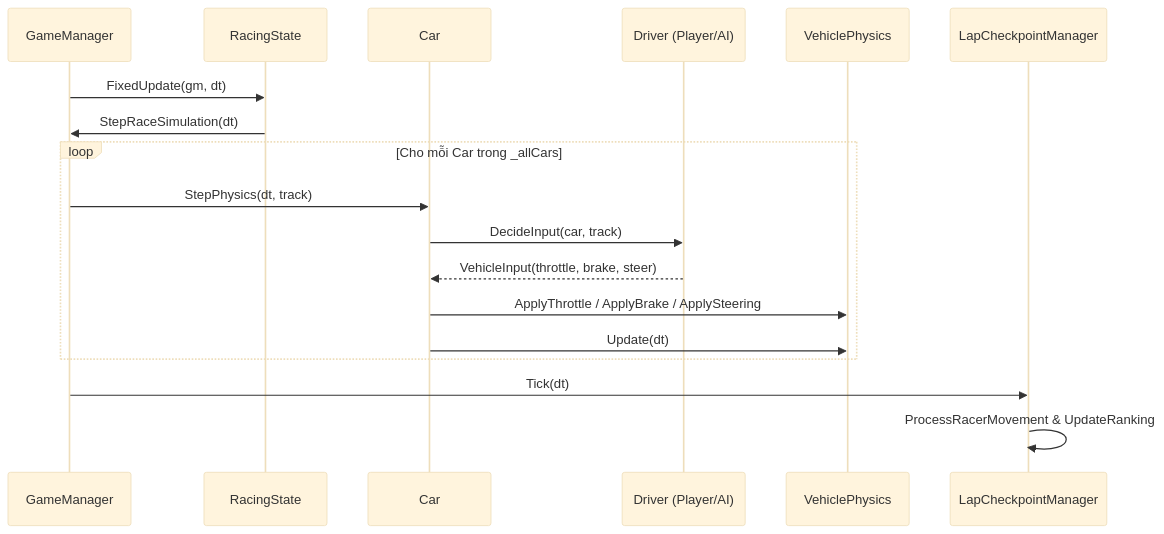
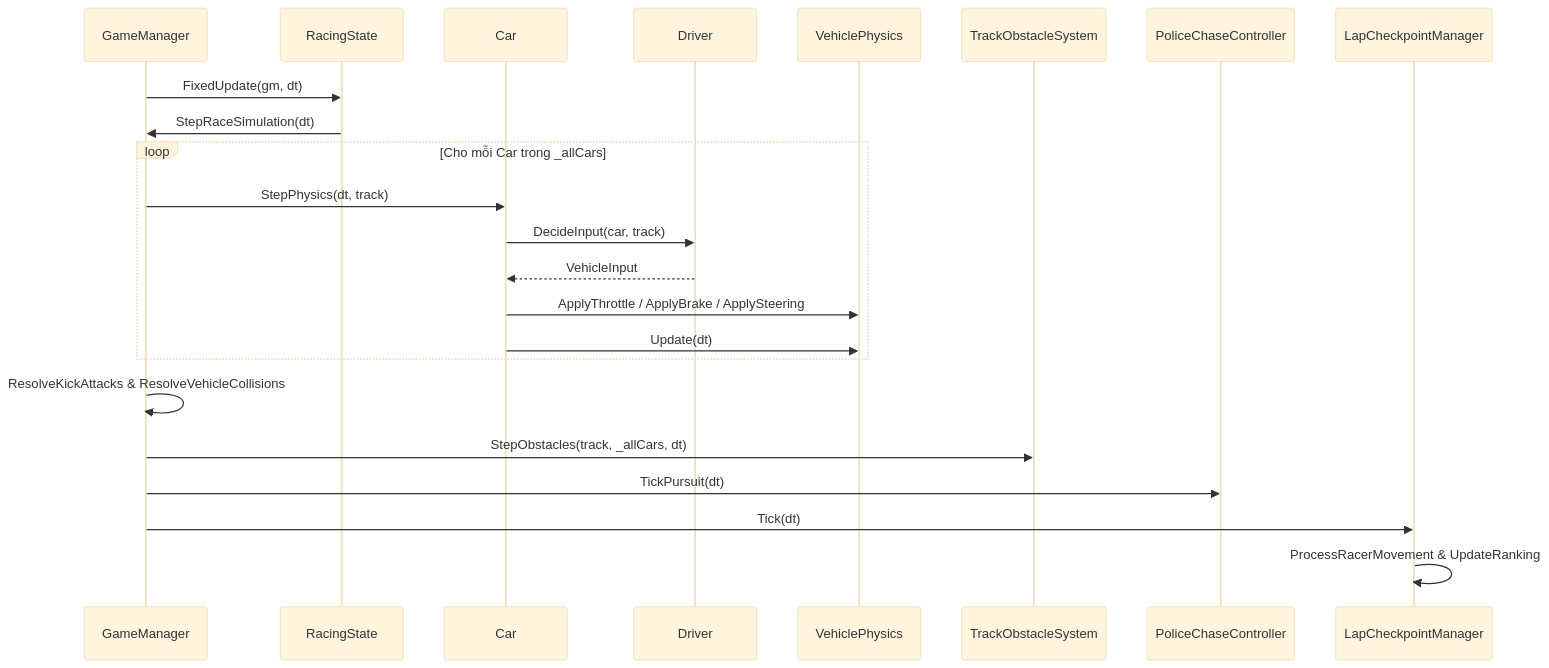
Before and after one commit to tuongduongd/racing_2d: the third of 8 diagrams in Docs/BAO_CAO_KIEN_TRUC_OOP.md, drawn with Mermaid (base theme). The commit also changed other lines of this file and 7 other files, not shown here.

Commit message:
docs: update architecture report, bug log, tests, and checklist

````diff
--- a/Docs/BAO_CAO_KIEN_TRUC_OOP.md
+++ b/Docs/BAO_CAO_KIEN_TRUC_OOP.md
@@ -134,21 +408,26 @@
 ```mermaid
 sequenceDiagram
     participant GM as GameManager
     participant State as RacingState
     participant Car as Car
-    participant Drv as Driver (Player/AI)
+    participant Drv as Driver
     participant Phys as VehiclePhysics
+    participant Obs as TrackObstacleSystem
+    participant Pol as PoliceChaseController
     participant Lap as LapCheckpointManager
 
     GM->>State: FixedUpdate(gm, dt)
     State->>GM: StepRaceSimulation(dt)
     loop Cho mỗi Car trong _allCars
         GM->>Car: StepPhysics(dt, track)
         Car->>Drv: DecideInput(car, track)
-        Drv-->>Car: VehicleInput(throttle, brake, steer)
+        Drv-->>Car: VehicleInput
         Car->>Phys: ApplyThrottle / ApplyBrake / ApplySteering
         Car->>Phys: Update(dt)
     end
+    GM->>GM: ResolveKickAttacks & ResolveVehicleCollisions
+    GM->>Obs: StepObstacles(track, _allCars, dt)
+    GM->>Pol: TickPursuit(dt)
     GM->>Lap: Tick(dt)
     Lap->>Lap: ProcessRacerMovement & UpdateRanking
 ```
````
